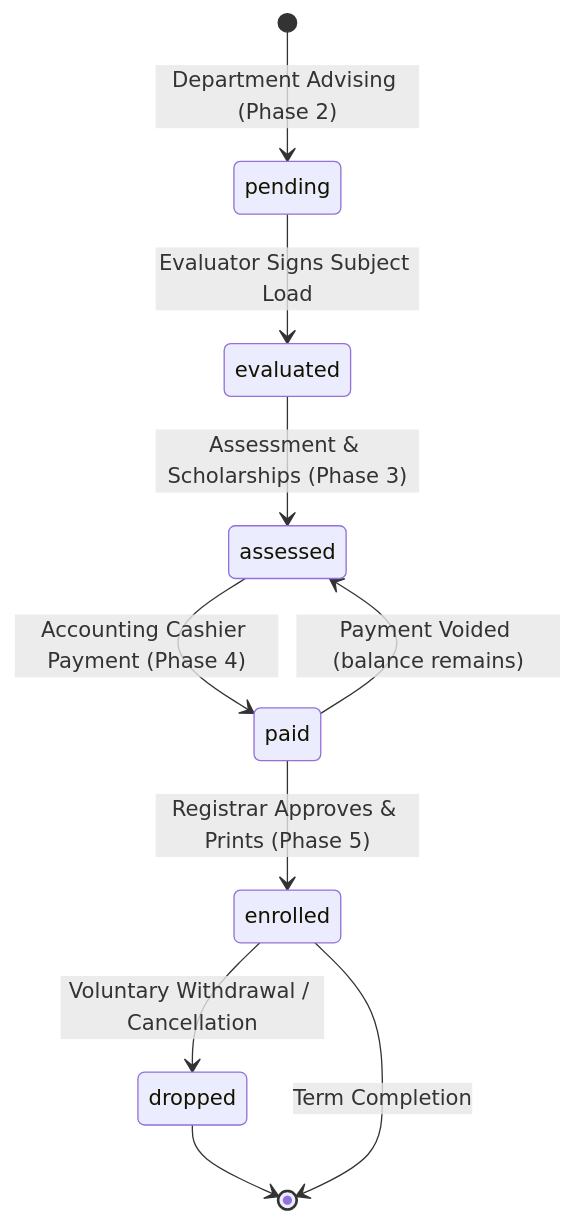
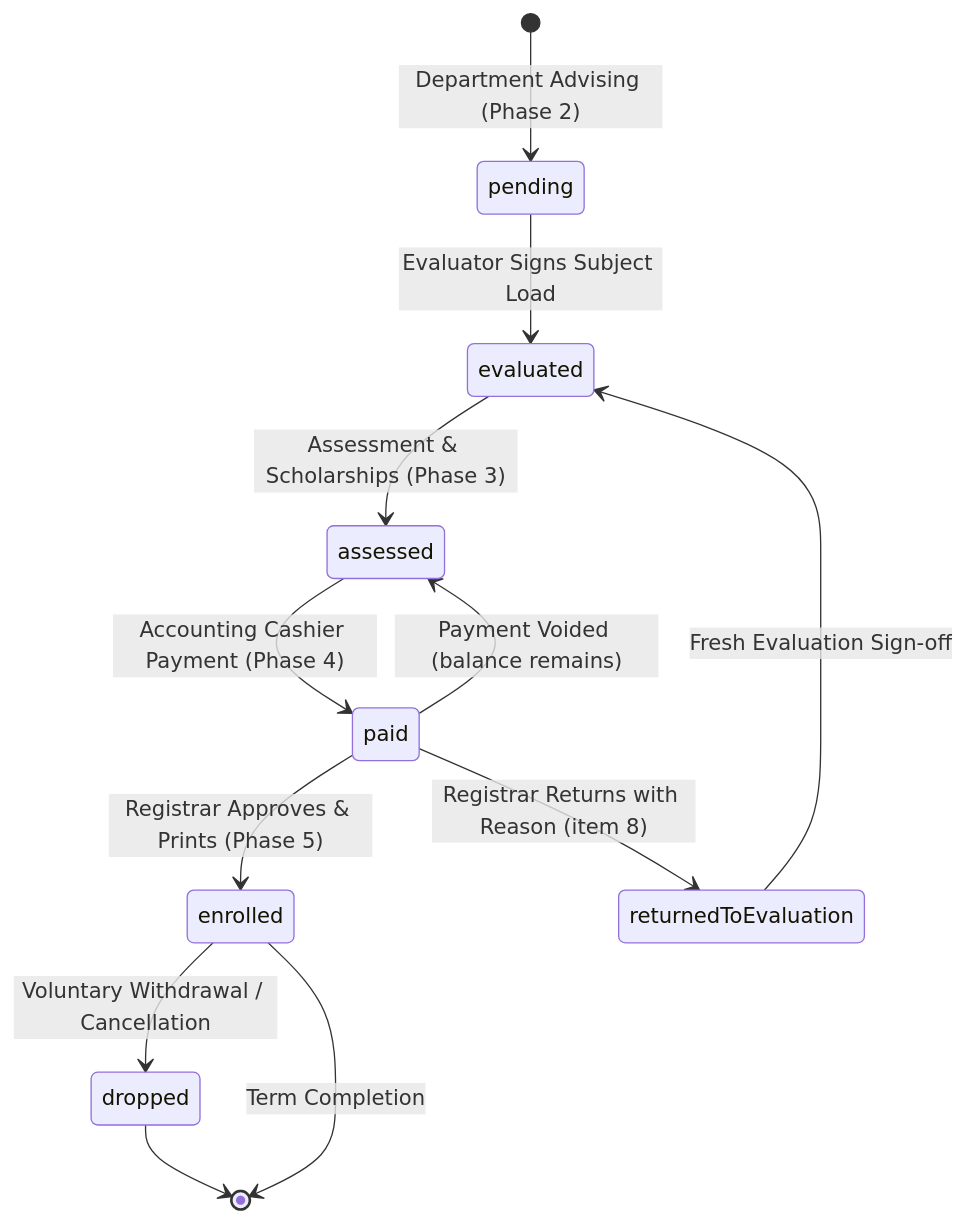
One commit to kirbygeagonia-create/EnrollmentManagementSystem changed the third of 3 diagrams in Documentation/System_Storyboard_Walkthrough.md. Above: the diagram before and after it, drawn with Mermaid. The commit also changed other lines of this file and 13 other files, not shown here.

````diff
--- a/Documentation/System_Storyboard_Walkthrough.md
+++ b/Documentation/System_Storyboard_Walkthrough.md
@@ -366,12 +366,14 @@
 ```mermaid
 stateDiagram-v2
     [*] --> pending: Department Advising (Phase 2)
     pending --> evaluated: Evaluator Signs Subject Load
     evaluated --> assessed: Assessment & Scholarships (Phase 3)
     assessed --> paid: Accounting Cashier Payment (Phase 4)
     paid --> enrolled: Registrar Approves & Prints (Phase 5)
     paid --> assessed: Payment Voided (balance remains)
+    paid --> returnedToEvaluation: Registrar Returns with Reason (item 8)
+    returnedToEvaluation --> evaluated: Fresh Evaluation Sign-off
     enrolled --> dropped: Voluntary Withdrawal / Cancellation
     dropped --> [*]
     enrolled --> [*]: Term Completion
 ```
````
